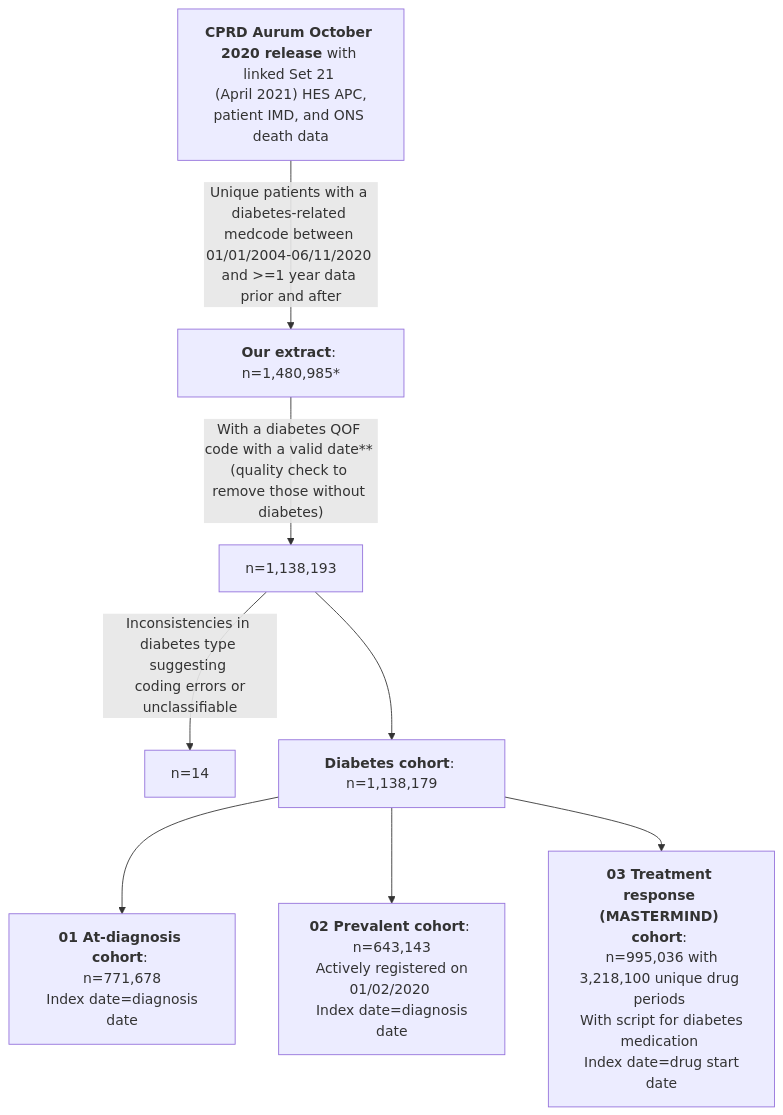
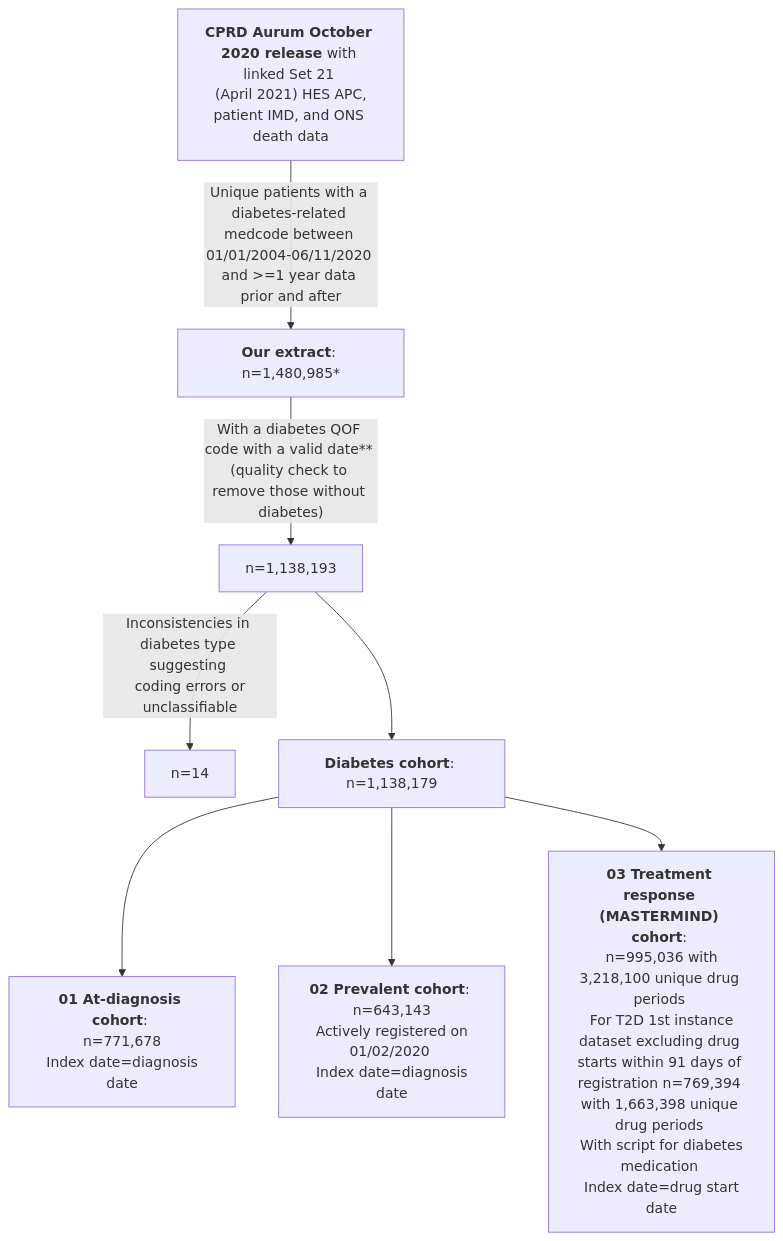
The first of 2 diagrams in README.md (Exeter-Diabetes/CPRD-Cohort-scripts), drawn with Mermaid before and after one commit.

````diff
--- a/README.md
+++ b/README.md
@@ -12,10 +12,10 @@
 ```mermaid
 graph TD;
     A["<b>CPRD Aurum October 2020 release</b> with linked Set 21 <br> (April 2021) HES APC, patient IMD, and ONS death data"] --> |"Unique patients with a diabetes-related medcode between 01/01/2004-06/11/2020 and >=1 year data prior and after"| B["<b>Our extract</b>: n=1,480,985*"]
     B -->|"With a diabetes QOF code with a valid date** (quality check to remove those without diabetes)"|C["n=1,138,193"]
     C --> |"Inconsistencies in diabetes type suggesting <br> coding errors or unclassifiable"|D["n=14"]
     C --> E["<b>Diabetes cohort</b>: n=1,138,179"]
     E --> F["<b>01 At-diagnosis cohort</b>: <br> n=771,678 <br> Index date=diagnosis date"]
     E --> G["<b>02 Prevalent cohort</b>: <br> n=643,143 <br> Actively registered on 01/02/2020 <br> Index date=diagnosis date"]
-    E --> H["<b>03 Treatment response (MASTERMIND) cohort</b>: <br> n=995,036 with 3,218,100 unique drug periods <br> With script for diabetes medication <br> Index date=drug start date"]
+    E --> H["<b>03 Treatment response (MASTERMIND) cohort</b>: <br> n=995,036 with 3,218,100 unique drug periods <br> For T2D 1st instance dataset excluding drug starts within 91 days of registration n=769,394 with 1,663,398 unique drug periods <br> With script for diabetes medication <br> Index date=drug start date"]
 ```
````
